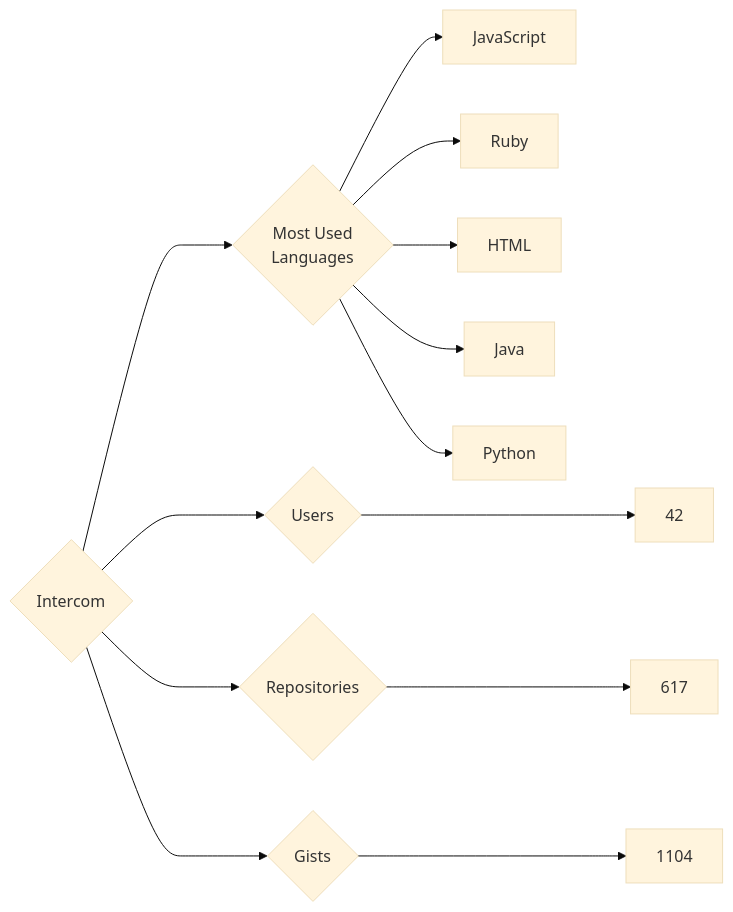
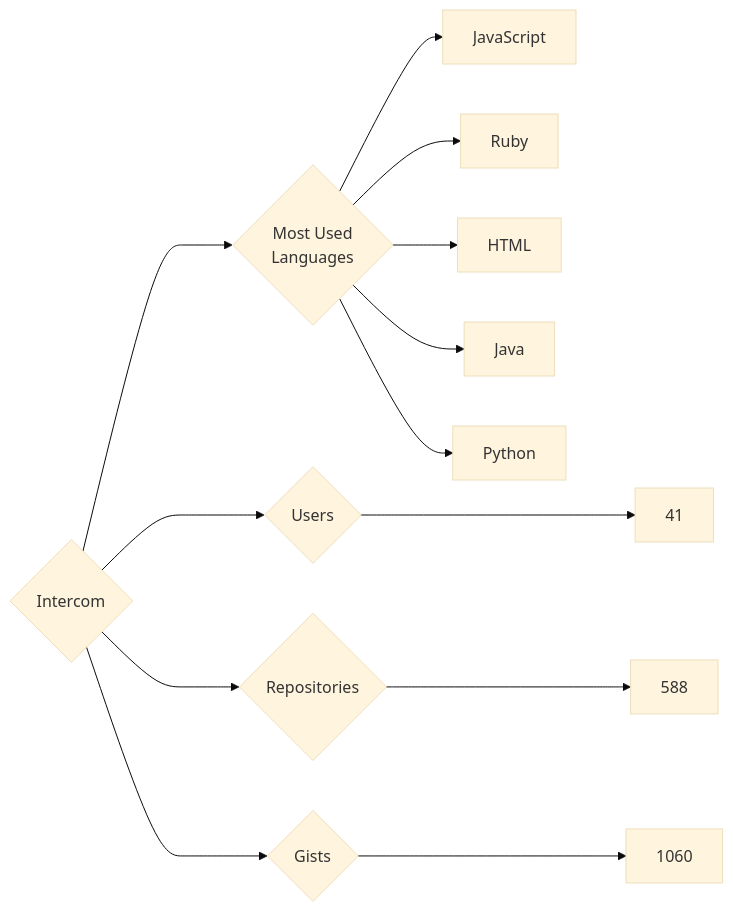
Before and after one commit to trickest/insiders: the diagram in targets/Intercom/README.md, drawn with Mermaid (base theme). The commit also changed 888 other files, not shown here.

````diff
--- a/targets/Intercom/README.md
+++ b/targets/Intercom/README.md
@@ -3,13 +3,13 @@
 ```mermaid
 graph LR
 COMPANY_NAME{Intercom}
-COMPANY_NAME ---> U{Users} ---> UN[42]
-COMPANY_NAME ---> R{Repositories} ---> RN[617]
-COMPANY_NAME ---> G{Gists} ---> GN[1104]
+COMPANY_NAME ---> U{Users} ---> UN[41]
+COMPANY_NAME ---> R{Repositories} ---> RN[588]
+COMPANY_NAME ---> G{Gists} ---> GN[1060]
 COMPANY_NAME ---> ML{Most Used<br>Languages}
 ML --> JavaScript[JavaScript]
 ML --> Ruby[Ruby]
 ML --> HTML[HTML]
 ML --> Java[Java]
 ML --> Python[Python]
 ```
````
